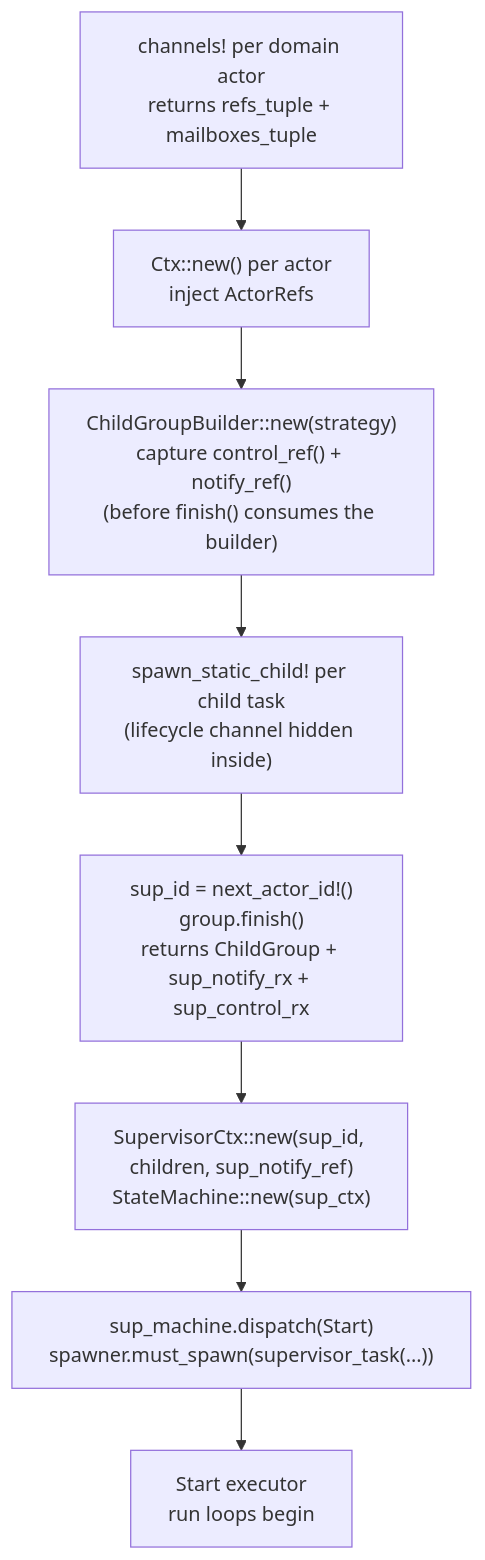
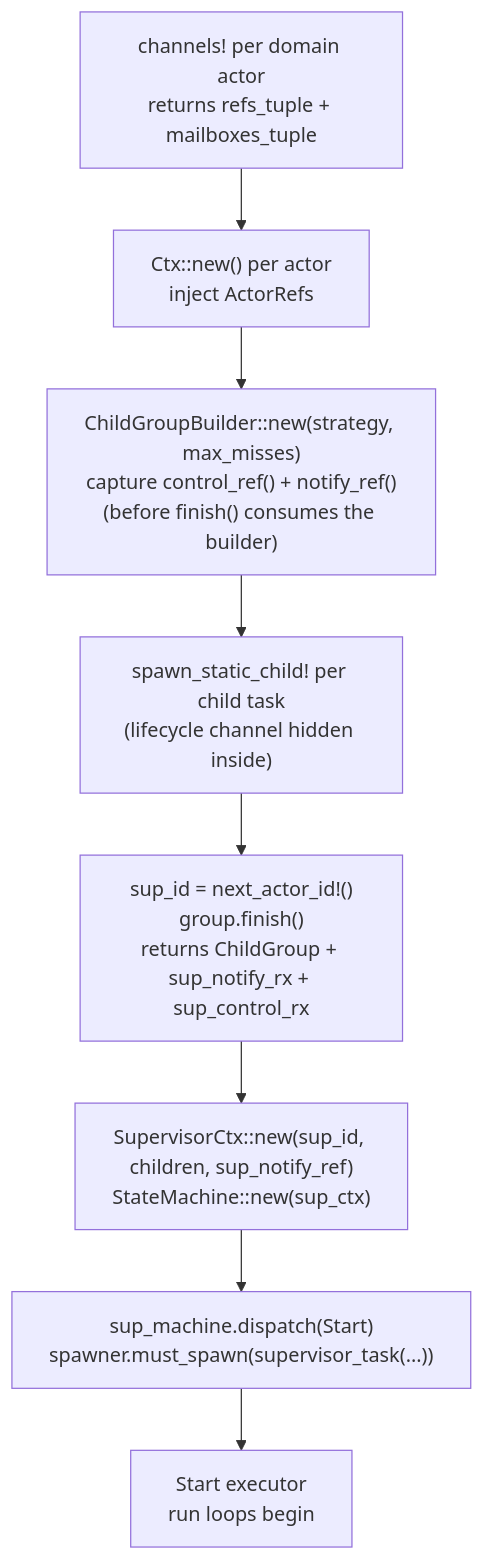
The first of 2 diagrams in spec/architecture/03-static-wiring.md (bloxide-com/bloxide), drawn with Mermaid before and after one commit. The commit also changed other lines of this file and 88 other files, not shown here.

````diff
--- a/spec/architecture/03-static-wiring.md
+++ b/spec/architecture/03-static-wiring.md
@@ -7,11 +7,11 @@
 ```mermaid
 flowchart TD
     A["channels! per domain actor\nreturns refs_tuple + mailboxes_tuple"] --> B
     B["Ctx::new() per actor\ninject ActorRefs"] --> C
-    C["ChildGroupBuilder::new(strategy)\ncapture control_ref() + notify_ref()\n(before finish() consumes the builder)"] --> D
+    C["ChildGroupBuilder::new(strategy, max_misses)\ncapture control_ref() + notify_ref()\n(before finish() consumes the builder)"] --> D
     D["spawn_static_child! per child task\n(lifecycle channel hidden inside)"] --> E
     E["sup_id = next_actor_id!()\ngroup.finish()\nreturns ChildGroup + sup_notify_rx + sup_control_rx"] --> F
     F["SupervisorCtx::new(sup_id, children, sup_notify_ref)\nStateMachine::new(sup_ctx)"] --> G
     G["sup_machine.dispatch(Start)\nspawner.must_spawn(supervisor_task(...))"] --> H
     H["Start executor\nrun loops begin"]
 ```
````
